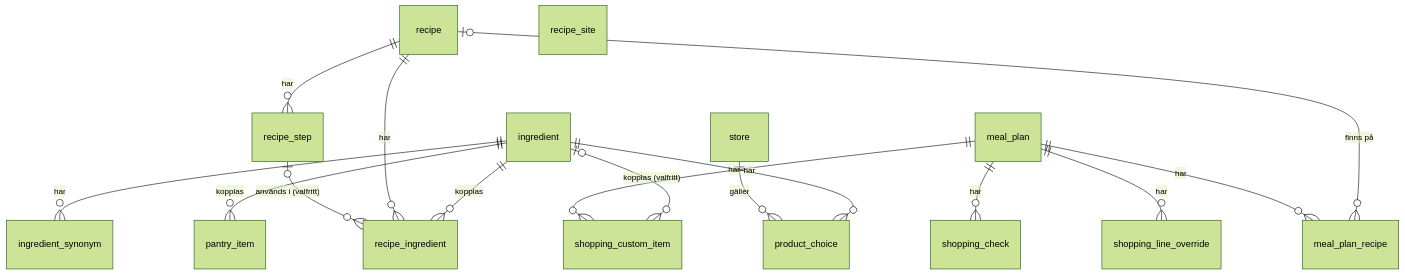
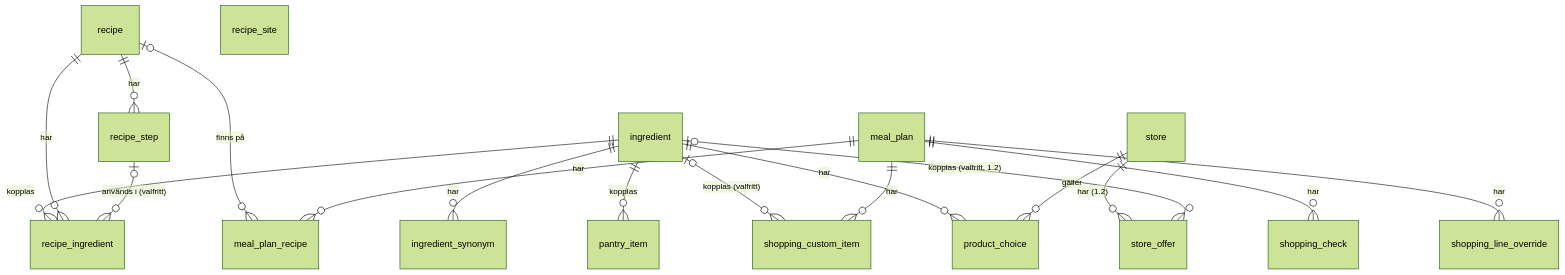
Before and after one commit to Snowstar66/matkoll: the second of 3 diagrams in _bmad-output/planning-artifacts/architecture/architecture-Matkoll-2026-10-25/ARCHITECTURE-SPINE.md, drawn with Mermaid (forest theme). The commit also changed other lines of this file and 15 other files, not shown here.

````diff
--- a/_bmad-output/planning-artifacts/architecture/architecture-Matkoll-2026-10-25/ARCHITECTURE-SPINE.md
+++ b/_bmad-output/planning-artifacts/architecture/architecture-Matkoll-2026-10-25/ARCHITECTURE-SPINE.md
@@ -317,18 +377,20 @@
 ```mermaid
 erDiagram
   ingredient ||--o{ ingredient_synonym : "har"
   ingredient ||--o{ recipe_ingredient : "kopplas"
   ingredient ||--o{ pantry_item : "kopplas"
   ingredient |o--o{ shopping_custom_item : "kopplas (valfritt)"
   ingredient ||--o{ product_choice : "har"
   recipe ||--o{ recipe_step : "har"
   recipe ||--o{ recipe_ingredient : "har"
   recipe_step |o--o{ recipe_ingredient : "används i (valfritt)"
   recipe |o--o{ meal_plan_recipe : "finns på"
   meal_plan ||--o{ meal_plan_recipe : "har"
   meal_plan ||--o{ shopping_check : "har"
   meal_plan ||--o{ shopping_line_override : "har"
   meal_plan ||--o{ shopping_custom_item : "har"
   store ||--o{ product_choice : "gäller"
+  store ||--o{ store_offer : "har (1.2)"
+  ingredient |o--o{ store_offer : "kopplas (valfritt, 1.2)"
   recipe_site
 ```
````
